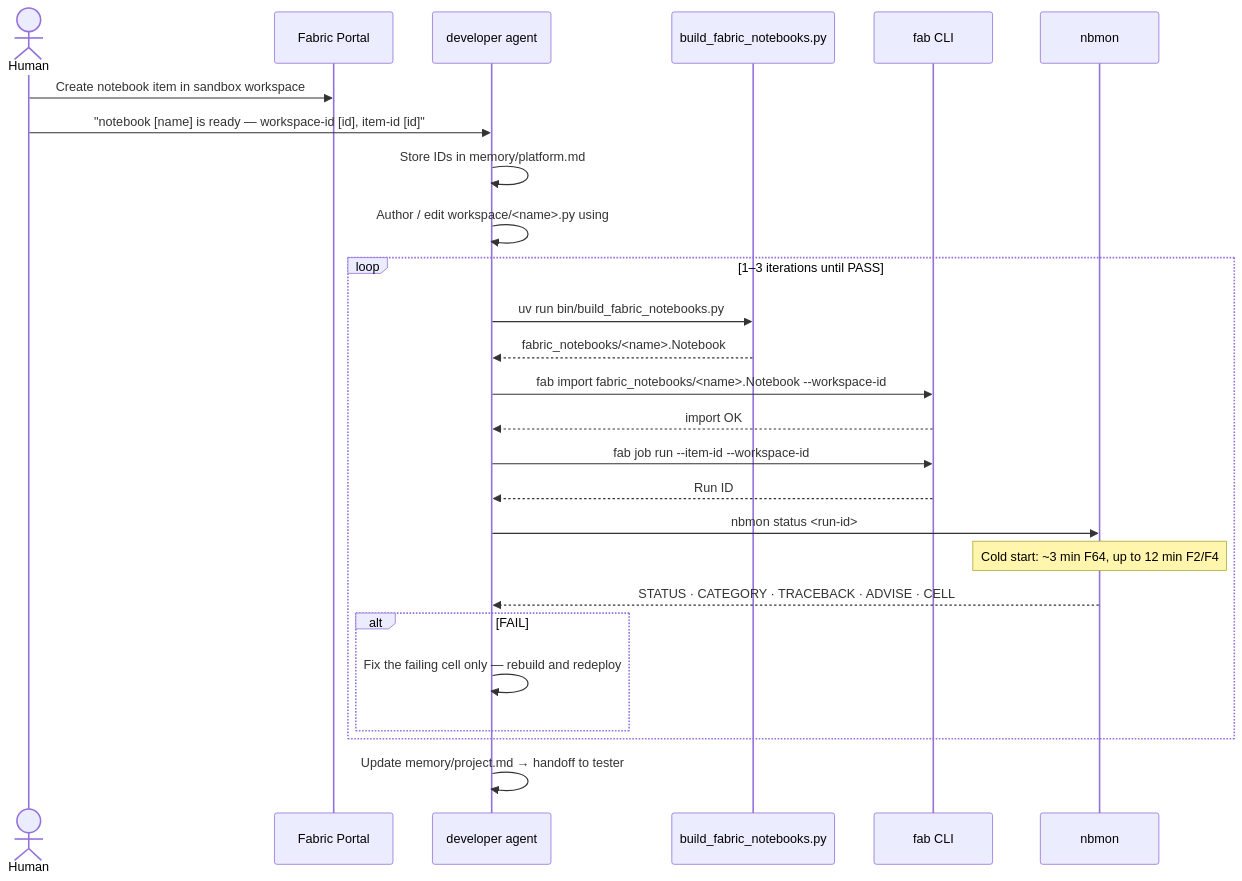
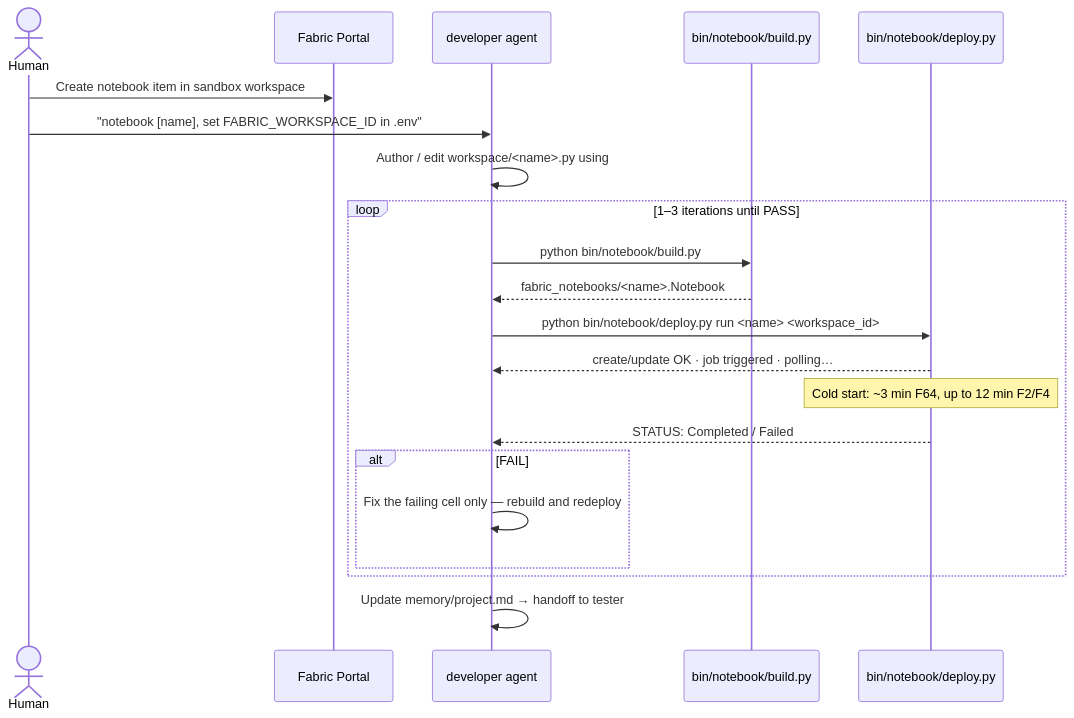
One commit to scardoso-lu/fabric-skills-settings changed the second of 3 diagrams in README.md. Above: the diagram before and after it, drawn with Mermaid. The commit also changed other lines of this file and 45 other files, not shown here.

````diff
--- a/README.md
+++ b/README.md
@@ -109,35 +109,28 @@
 ```mermaid
 sequenceDiagram
     actor Human
     participant Portal as Fabric Portal
     participant Dev as developer agent
-    participant Build as build_fabric_notebooks.py
-    participant Fab as fab CLI
-    participant Nbmon as nbmon
+    participant Build as bin/notebook/build.py
+    participant Deploy as bin/notebook/deploy.py
 
     Human->>Portal: Create notebook item in sandbox workspace
-    Human->>Dev: "notebook [name] is ready — workspace-id [id], item-id [id]"
-    Dev->>Dev: Store IDs in memory/platform.md
+    Human->>Dev: "notebook [name], set FABRIC_WORKSPACE_ID in .env"
     Dev->>Dev: Author / edit workspace/<name>.py using # %% cell markers
 
     loop 1–3 iterations until PASS
-        Dev->>Build: uv run bin/build_fabric_notebooks.py
+        Dev->>Build: python bin/notebook/build.py
         Build-->>Dev: fabric_notebooks/<name>.Notebook
 
-        Dev->>Fab: fab import fabric_notebooks/<name>.Notebook --workspace-id
-        Fab-->>Dev: import OK
-
-        Dev->>Fab: fab job run --item-id --workspace-id
-        Fab-->>Dev: Run ID
-
-        Dev->>Nbmon: nbmon status <run-id>
-        Note over Nbmon: Cold start: ~3 min F64, up to 12 min F2/F4
-        Nbmon-->>Dev: STATUS · CATEGORY · TRACEBACK · ADVISE · CELL
+        Dev->>Deploy: python bin/notebook/deploy.py run <name> <workspace_id>
+        Deploy-->>Dev: create/update OK · job triggered · polling…
+        Note over Deploy: Cold start: ~3 min F64, up to 12 min F2/F4
+        Deploy-->>Dev: STATUS: Completed / Failed
 
         alt FAIL
             Dev->>Dev: Fix the failing cell only — rebuild and redeploy
         end
     end
 
     Dev->>Dev: Update memory/project.md → handoff to tester
 ```
````
